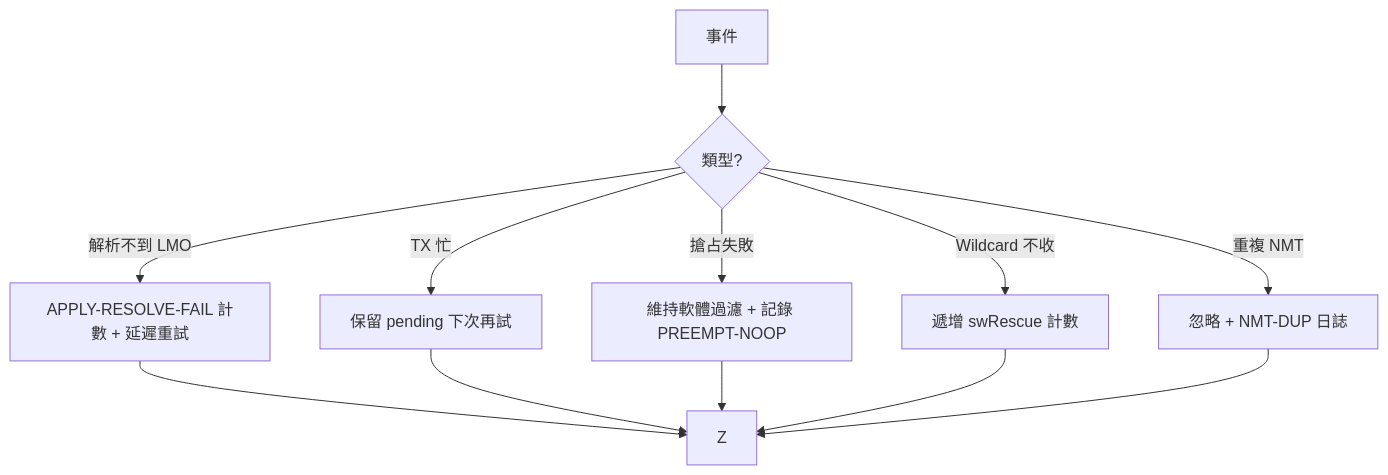
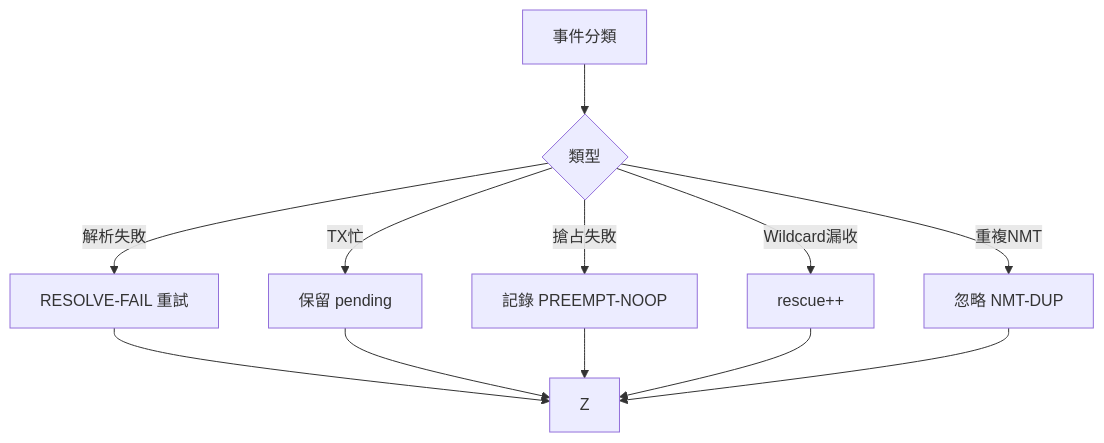
Before and after one commit to benchen2001/CANopen-XMC4800: the ninth of 13 diagrams in 流程圖.md, drawn with Mermaid. The commit also changed other lines of this file, not shown here.

````diff
--- a/流程圖.md
+++ b/流程圖.md
@@ -200,14 +196,14 @@
 ```mermaid
 flowchart TD
-    A[事件] --> B{類型?}
-    B -->|解析不到 LMO| C[APPLY-RESOLVE-FAIL 計數 + 延遲重試]
-    B -->|TX 忙| D[保留 pending 下次再試]
-    B -->|搶占失敗| E[維持軟體過濾 + 記錄 PREEMPT-NOOP]
-    B -->|Wildcard 不收| F[遞增 swRescue 計數]
-    B -->|重複 NMT| G[忽略 + NMT-DUP 日誌]
+    A[事件分類] --> B{類型}
+    B -->|解析失敗| C[RESOLVE-FAIL 重試]
+    B -->|TX忙| D[保留 pending]
+    B -->|搶占失敗| E[記錄 PREEMPT-NOOP]
+    B -->|Wildcard漏收| F[rescue++]
+    B -->|重複NMT| G[忽略 NMT-DUP]
     C --> Z
     D --> Z
     E --> Z
     F --> Z
     G --> Z
 ```
````
